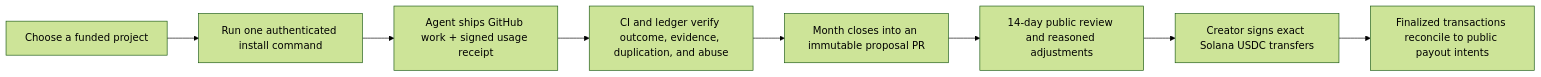
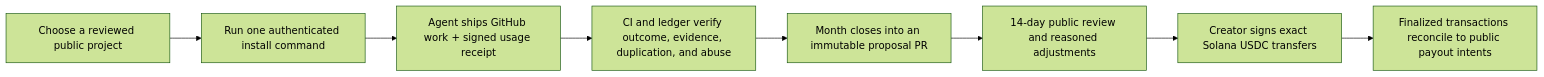
Before and after one commit to SlopDotCash/slopdotcash: the diagram in README.md, drawn with Mermaid (forest theme). The commit also changed other lines of this file and 148 other files, not shown here.

````diff
--- a/README.md
+++ b/README.md
@@ -45,10 +34,10 @@
 ```mermaid
 flowchart LR
-  A["Choose a funded project"] --> B["Run one authenticated install command"]
+  A["Choose a reviewed public project"] --> B["Run one authenticated install command"]
   B --> C["Agent ships GitHub work + signed usage receipt"]
   C --> D["CI and ledger verify outcome, evidence, duplication, and abuse"]
   D --> E["Month closes into an immutable proposal PR"]
   E --> F["14-day public review and reasoned adjustments"]
   F --> G["Creator signs exact Solana USDC transfers"]
   G --> H["Finalized transactions reconcile to public payout intents"]
 ```
````
